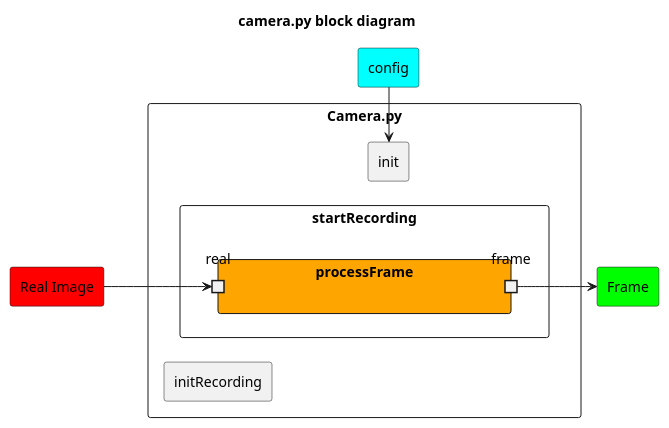
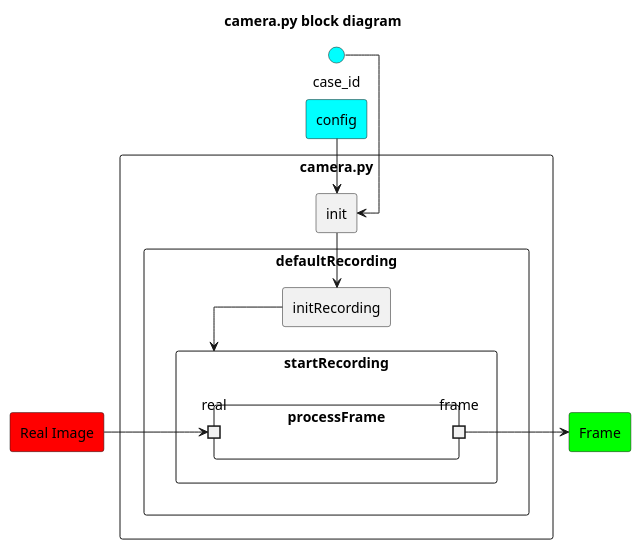
The diagram in computer_vision/diagrams/camera.wsd (astronandez/model_based_parameter_estimation), drawn with PlantUML before and after one commit. The commit also changed 91 other files, not shown here.

```diff
--- a/computer_vision/diagrams/camera.wsd
+++ b/computer_vision/diagrams/camera.wsd
@@ -1,28 +1,34 @@
 @startuml camera
 left to right direction
 skinparam BackgroundColor transparent
 skinparam componentStyle rectangle
 skinparam linetype ortho
 
 title camera.py block diagram
 component "Real Image" as in #red
 component "Frame" as out  #lime
 component "config" as config #aqua
+interface "case_id" as case #aqua
 
-component "Camera.py" as camera {
+component "camera.py" as camera {
     component "init" as init
-    component "initRecording" as initRec
-    component "startRecording" as read {
-        component "processFrame" as proc #Orange {
-            portin "real" as p1
-            portout "frame" as p2
+    component "defaultRecording" as def {
+        component "initRecording" as initRec
+        component "startRecording" as read {
+            component "processFrame" as proc {
+                portin "real" as p1
+                portout "frame" as p2
+            }
         }
     }
 
     config -l-> init
     init -u[hidden]- read
+    init --> initRec
+    initRec -u-> read
+}
 
-}
+case -r-> init
 in --> p1
 p2 --> out
 @enduml
```
